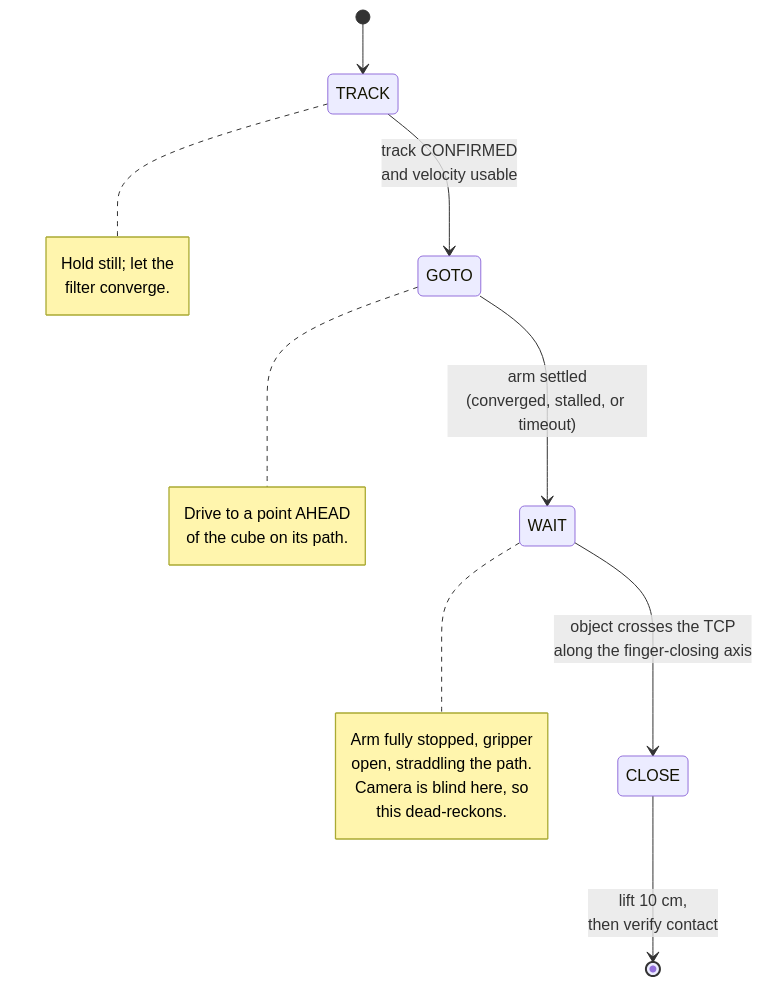
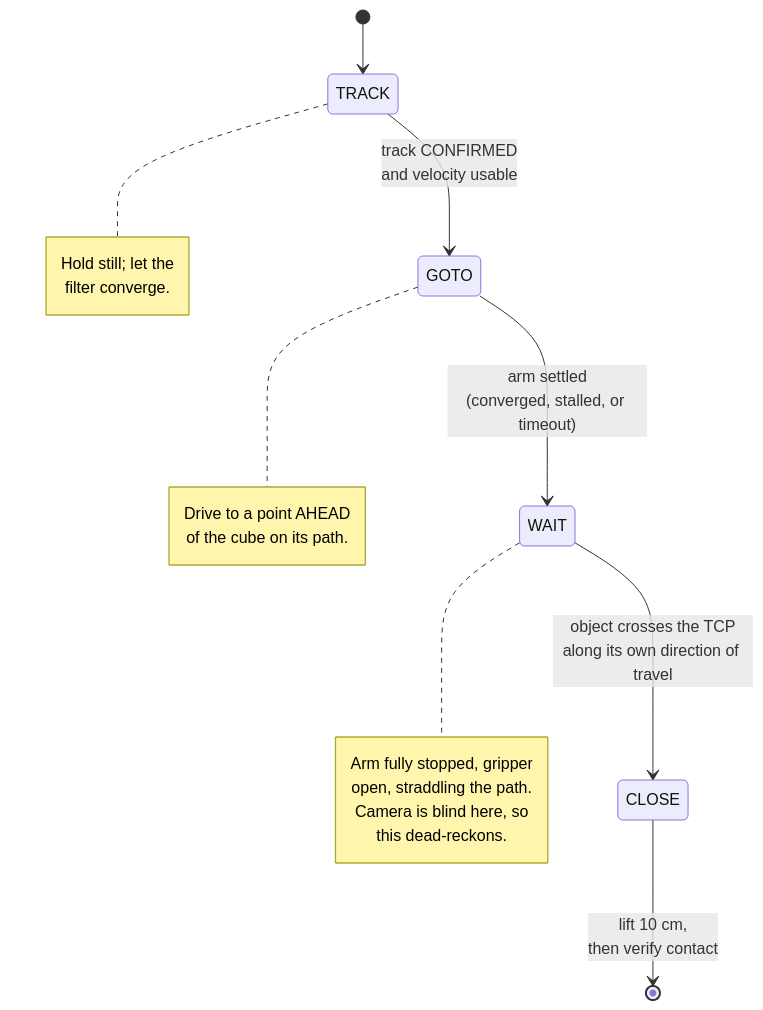
Before and after one commit to VivekSai07/GAUGE: the second of 2 diagrams in README.md, drawn with Mermaid. The commit also changed 5 other files, not shown here.

````diff
--- a/README.md
+++ b/README.md
@@ -155,23 +155,23 @@
 ```mermaid
 stateDiagram-v2
     [*] --> TRACK
     TRACK --> GOTO: track CONFIRMED<br/>and velocity usable
     GOTO --> WAIT: arm settled<br/>(converged, stalled, or timeout)
-    WAIT --> CLOSE: object crosses the TCP<br/>along the finger-closing axis
+    WAIT --> CLOSE: object crosses the TCP<br/>along its own direction of travel
     CLOSE --> [*]: lift 10 cm,<br/>then verify contact
 
     note right of TRACK
         Hold still; let the
         filter converge.
     end note
     note right of GOTO
         Drive to a point AHEAD
         of the cube on its path.
     end note
     note right of WAIT
         Arm fully stopped, gripper
         open, straddling the path.
         Camera is blind here, so
         this dead-reckons.
     end note
 ```
````
